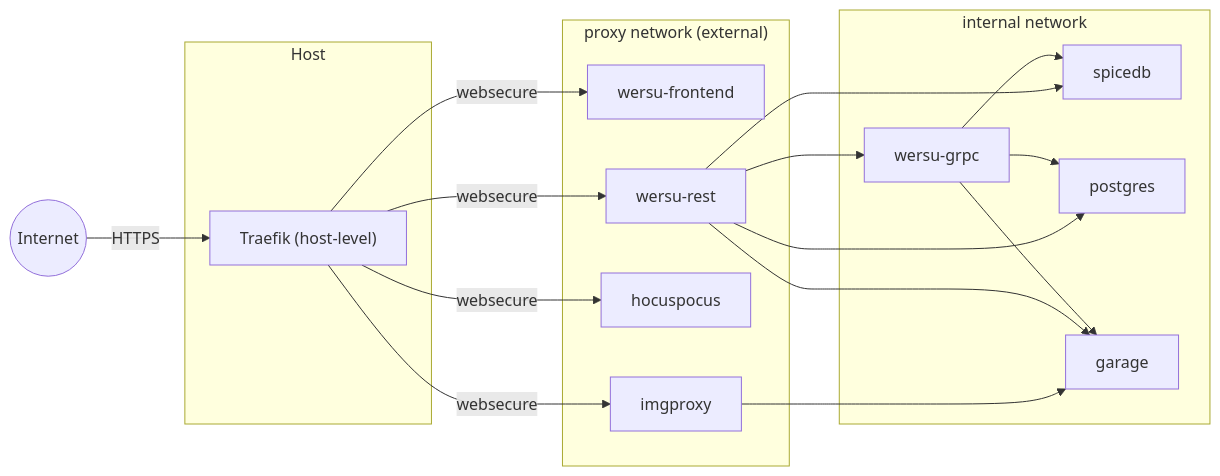
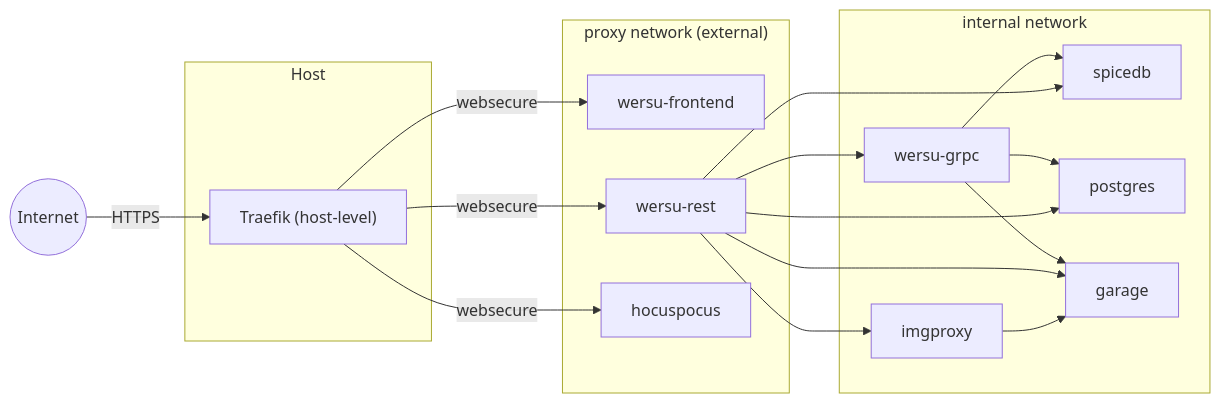
The diagram in docs/prod-deployment.md (KuramaSyu/WerSu), drawn with Mermaid before and after one commit. The commit also changed other lines of this file and 4 other files, not shown here.

````diff
--- a/docs/prod-deployment.md
+++ b/docs/prod-deployment.md
@@ -28,42 +28,41 @@
 ```mermaid
 flowchart LR
     Internet((Internet))
 
     subgraph Host
         Traefik["Traefik (host-level)"]
     end
 
     subgraph proxy ["proxy network (external)"]
         Traefik
         frontend["wersu-frontend"]
         rest["wersu-rest"]
         hoco["hocuspocus"]
-        imgproxy["imgproxy"]
     end
 
     subgraph internal ["internal network"]
         frontend
         rest
         hoco
-        imgproxy
+        imgproxy["imgproxy"]
         grpc["wersu-grpc"]
         spicedb["spicedb"]
         pg["postgres"]
         garage["garage"]
     end
 
     Internet -->|HTTPS| Traefik
     Traefik -->|websecure| frontend
     Traefik -->|websecure| rest
     Traefik -->|websecure| hoco
-    Traefik -->|websecure| imgproxy
 
+    rest --> imgproxy
     rest --> grpc
     grpc --> pg
     grpc --> spicedb
     grpc --> garage
     rest --> pg
     rest --> spicedb
     rest --> garage
     imgproxy --> garage
 ```
````
